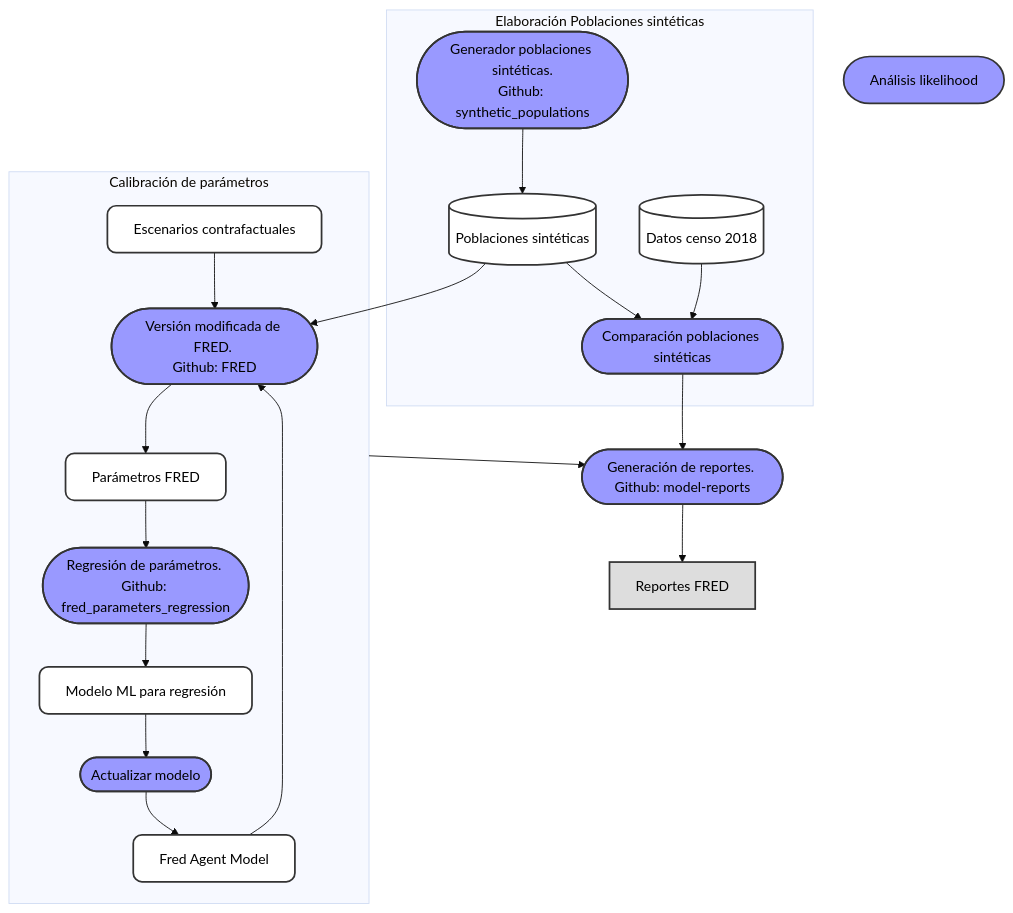
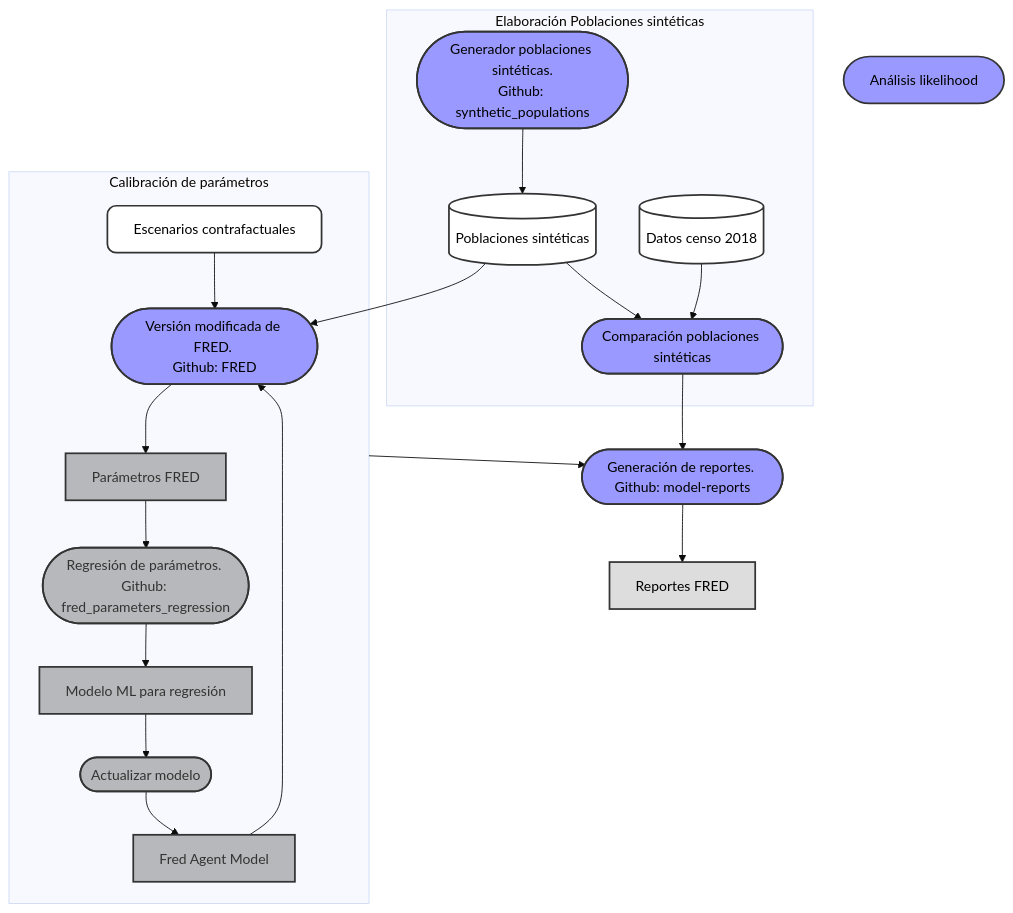
The diagram in profile/FRED/FlujoDatos.md (AGORA-COL/.github), drawn with Mermaid (base theme) before and after one commit.

Commit message:
colores para nodos deprecated

````diff
--- a/profile/FRED/FlujoDatos.md
+++ b/profile/FRED/FlujoDatos.md
@@ -11,56 +11,58 @@
 ```mermaid
 flowchart TB
     subgraph EPS[Elaboración Poblaciones sintéticas]
         GPS(["`Generador poblaciones sintéticas.
         Github: synthetic_populations`"])
         PS[(Poblaciones sintéticas)]
         CPS([Comparación poblaciones sintéticas])
         DC[(Datos censo 2018)]
     end 
     PS --> F
     subgraph CP[Calibración de parámetros]
         EC[Escenarios contrafactuales]
         FAM[Fred Agent Model]
         F(["`Versión modificada de FRED. 
         Github: FRED`"])
         FP[Parámetros FRED]
         RP(["`Regresión de parámetros. Github: fred_parameters_regression`"])
         ML[Modelo ML para regresión]
         AM([Actualizar modelo])
         EC --> F --> FP --> RP --> ML --> AM --> FAM --> F
     end
     GR(["`Generación de reportes. Github: model-reports`"])
     R["Reportes FRED"]
     AL["Análisis likelihood"]
 
 
     GPS --> PS --> CPS
     DC --> CPS
     CP --> GR
     CPS --> GR
     GR --> R
 
 
     %% Links
     click DC "https://livejaverianaedu-my.sharepoint.com/personal/jemurillo_javeriana_edu_co/_layouts/15/onedrive.aspx?e=5%3Aa55942a7bb4246b7b87344e4c2d263b8&sharingv2=true&fromShare=true&at=9&CT=1727201099492&OR=OWA%2DNT%2DMail&CID=737d02ea%2Df0eb%2Df341%2Df361%2D9bbdab61b3a7&id=%2Fpersonal%2Fjemurillo%5Fjaveriana%5Fedu%5Fco%2FDocuments%2FJAVERIANA%2FProyecto%20AGORA%2FProyecto%20FRED%20AGORA%2FDatos%20FRED%2FFRED%2Dinputs&FolderCTID=0x012000FE02BE409825504DAFD5FA09F3B44529&view=0"
     click GPS "https://github.com/AGORA-COL/synthetic_populations"
     click PS "https://drive.google.com/drive/u/0/folders/1dToXAZyeJiAHWZFRXYGdHNO6BUyONUwm"
     click RP "https://github.com/AGORA-COL/fred_parameters_regression"
     click GR "https://github.com/AGORA-COL/model-reports"
     click F "https://github.com/AGORA-COL/FRED"
     click FAM "https://github.com/AGORA-COL/fred_colombia_implementation"
     click R "https://livejaverianaedu-my.sharepoint.com/personal/jemurillo_javeriana_edu_co/_layouts/15/onedrive.aspx?e=5%3A2dab2a3106a34429a7373e273d55a9c9&sharingv2=true&fromShare=true&at=9&CT=1727201153993&OR=OWA-NT-Mail&CID=0732b315-20f6-1e41-fe72-baa3f9a5bcb7&id=%2Fpersonal%2Fjemurillo_javeriana_edu_co%2FDocuments%2FJAVERIANA%2FProyecto%20AGORA%2FProyecto%20FRED%20AGORA%2FDatos%20FRED%2FReportes_FRED&FolderCTID=0x012000FE02BE409825504DAFD5FA09F3B44529&view=0"
     click AL "https://github.com/AGORA-COL/analisis_likelihood"
 
     %% Styles
-    class F,GR,RP,GPS,CPS,AM,AL process;
+    class F,GR,GPS,CPS,AL process;
     class PS,DC repository;
-    class EC,ML,FAM,FP model;
+    class EC model;
     class R report;
+    class FP,RP,ML,AM,FAM deprecated;
 
     classDef model fill:#fff,stroke:#333,stroke-width:2px,color:#000,rx:10,ry:10;
     classDef process fill:#99f,stroke:#333,stroke-width:2px,color:black,rx:30,ry:30;
     classDef repository fill:#fff,stroke:#333,stroke-width:2px,stroke: 5 5,color:#000;
     classDef software fill:orange,stroke:#333,stroke-width:2px,color:#000;
     classDef report fill:#ddd,stroke:#333,stroke-width:2px,color:#000;
+    classDef deprecated fill:#80808088,stroke:#333,stroke-width:2px;
 ```
````
